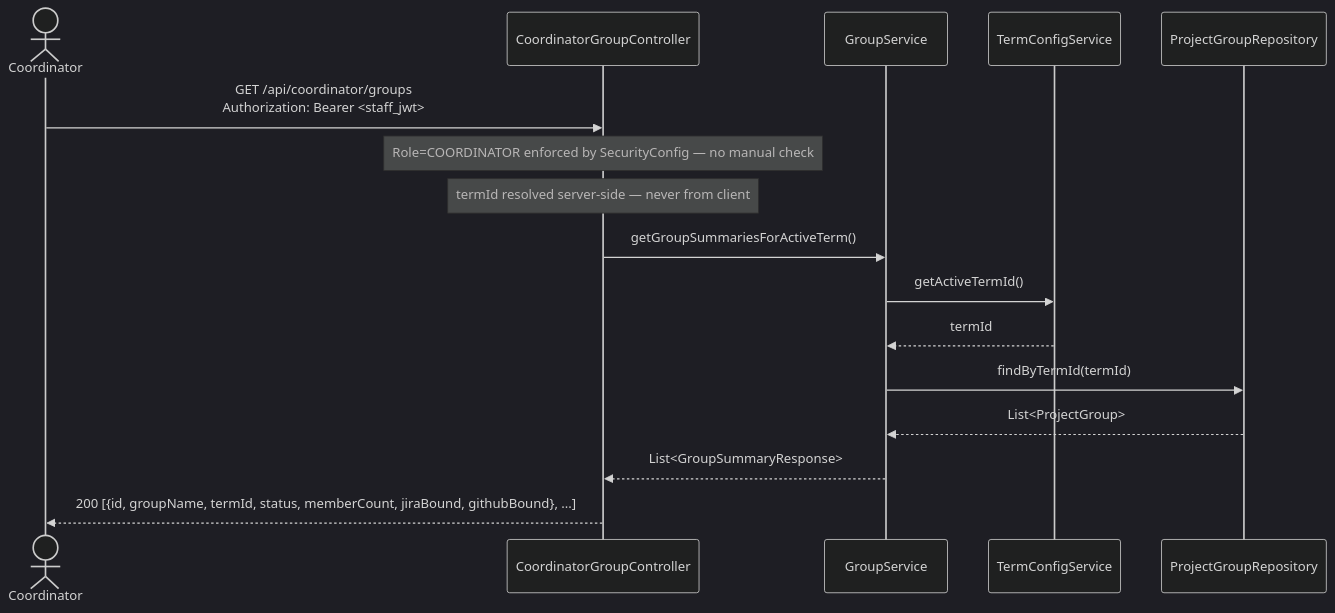
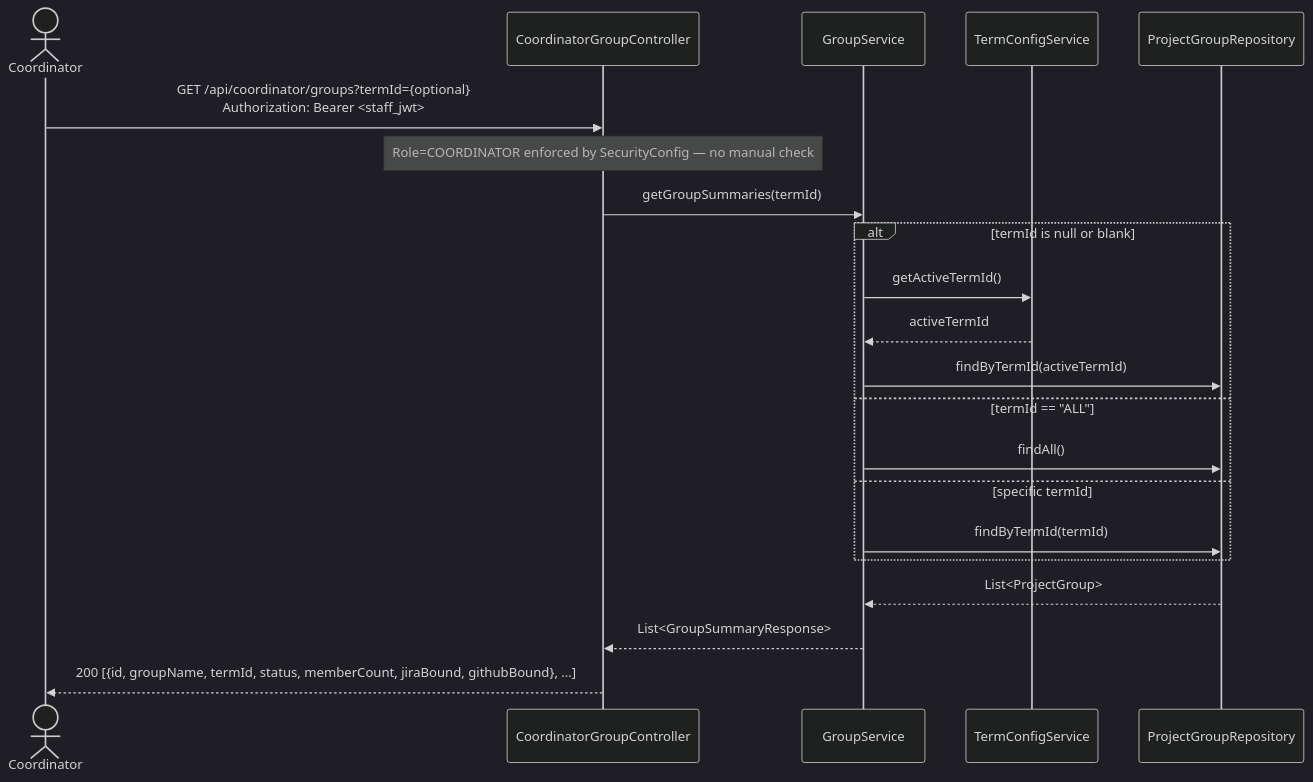
The first of 4 diagrams in docs/process2/sequences/2.6_coordinator_override_p2.md (SE3318-Spring-2025-2026/senior-app-6), drawn with Mermaid (dark theme) before and after one commit. The commit also changed other lines of this file and 13 other files, not shown here.

````diff
--- a/docs/process2/sequences/2.6_coordinator_override_p2.md
+++ b/docs/process2/sequences/2.6_coordinator_override_p2.md
@@ -14,24 +14,28 @@
 ```mermaid
 sequenceDiagram
     actor Coordinator
     participant CoordinatorGroupController
     participant GroupService
     participant TermConfigService
     participant ProjectGroupRepository
 
-    Coordinator->>CoordinatorGroupController: GET /api/coordinator/groups<br/>Authorization: Bearer <staff_jwt>
+    Coordinator->>CoordinatorGroupController: GET /api/coordinator/groups?termId={optional}<br/>Authorization: Bearer <staff_jwt>
 
     Note over CoordinatorGroupController: Role=COORDINATOR enforced by SecurityConfig — no manual check
-    Note over CoordinatorGroupController: termId resolved server-side — never from client
 
-    CoordinatorGroupController->>GroupService: getGroupSummariesForActiveTerm()
+    CoordinatorGroupController->>GroupService: getGroupSummaries(termId)
 
-    GroupService->>TermConfigService: getActiveTermId()
-    TermConfigService-->>GroupService: termId
-
-    GroupService->>ProjectGroupRepository: findByTermId(termId)
+    alt termId is null or blank
+        GroupService->>TermConfigService: getActiveTermId()
+        TermConfigService-->>GroupService: activeTermId
+        GroupService->>ProjectGroupRepository: findByTermId(activeTermId)
+    else termId == "ALL"
+        GroupService->>ProjectGroupRepository: findAll()
+    else specific termId
+        GroupService->>ProjectGroupRepository: findByTermId(termId)
+    end
     ProjectGroupRepository-->>GroupService: List<ProjectGroup>
 
     GroupService-->>CoordinatorGroupController: List<GroupSummaryResponse>
     CoordinatorGroupController-->>Coordinator: 200 [{id, groupName, termId, status, memberCount, jiraBound, githubBound}, ...]
 ```
````
